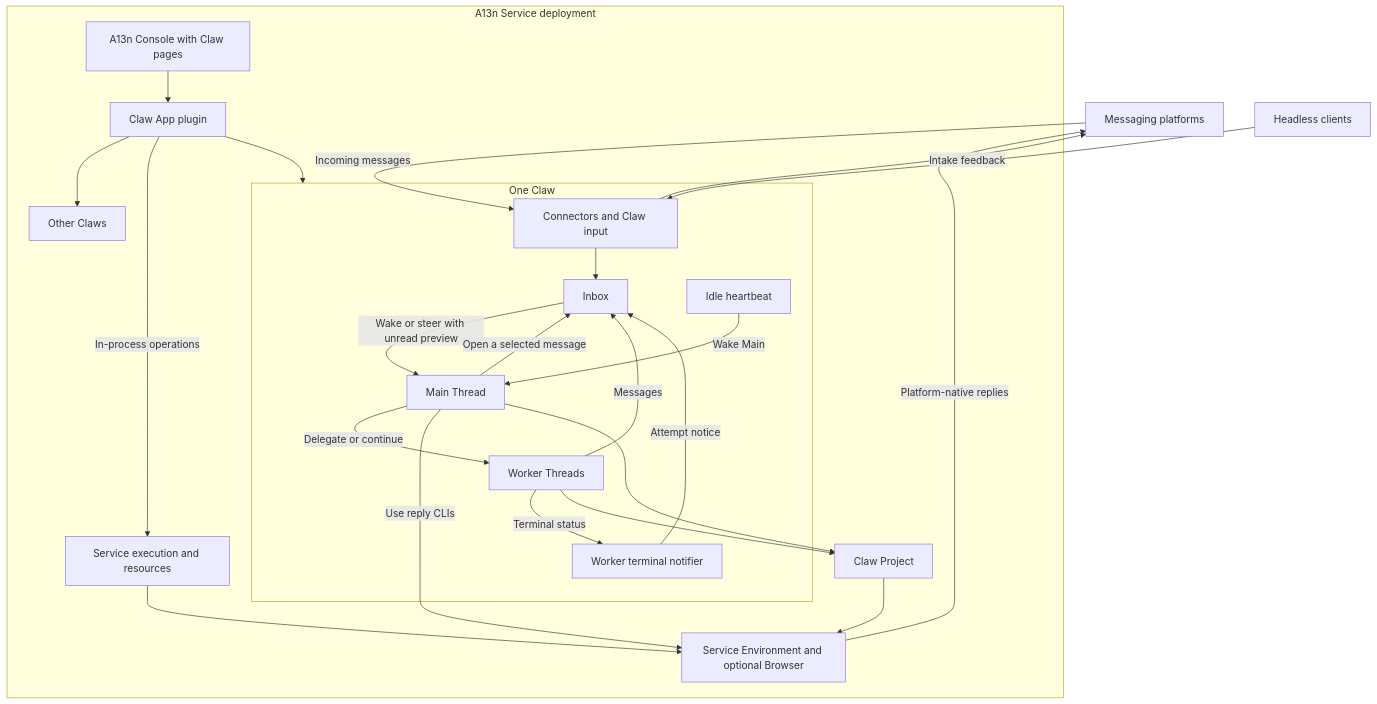
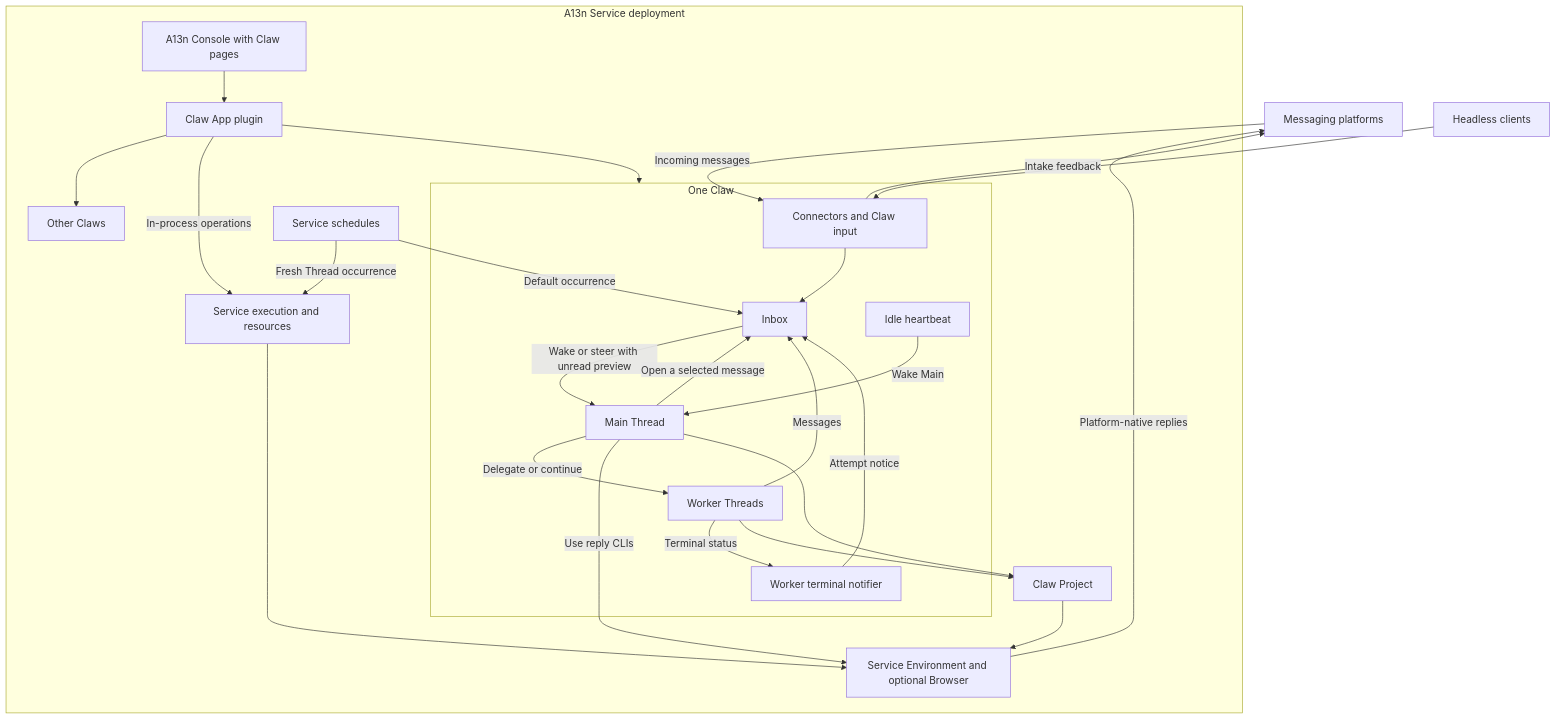
The first of 2 diagrams in spec/00-overview.md (Wh1isper/a13n-claw), drawn with Mermaid before and after one commit. The commit also changed other lines of this file and 6 other files, not shown here.

````diff
--- a/spec/00-overview.md
+++ b/spec/00-overview.md
@@ -11,42 +11,45 @@
 ```mermaid
 flowchart TB
     Platforms[Messaging platforms]
     Clients[Headless clients]
     subgraph Deployment[A13n Service deployment]
         Console[A13n Console with Claw pages]
         App[Claw App plugin]
         subgraph A[One Claw]
             Connector[Connectors and Claw input]
             Inbox[Inbox]
             Main[Main Thread]
             Workers[Worker Threads]
             Notices[Worker terminal notifier]
             Heartbeat[Idle heartbeat]
             Connector --> Inbox
             Inbox -->|Wake or steer with unread preview| Main
             Main -->|Open a selected message| Inbox
             Main -->|Delegate or continue| Workers
             Workers -->|Messages| Inbox
             Workers -->|Terminal status| Notices
             Notices -->|Attempt notice| Inbox
             Heartbeat -->|Wake Main| Main
         end
         B[Other Claws]
         Service[Service execution and resources]
+        Scheduler[Service schedules]
         Project[Claw Project]
         Work[Service Environment and optional Browser]
         Console --> App
         App --> A
         App --> B
         App -->|In-process operations| Service
+        Scheduler -->|Default occurrence| Inbox
+        Scheduler -->|Fresh Thread occurrence| Service
         Main -->|Use reply CLIs| Work
         Main --> Project
         Workers --> Project
         Project --> Work
         Service --> Work
     end
     Platforms -->|Incoming messages| Connector
     Connector -->|Intake feedback| Platforms
     Work -->|Platform-native replies| Platforms
     Clients --> Connector
 ```
````
